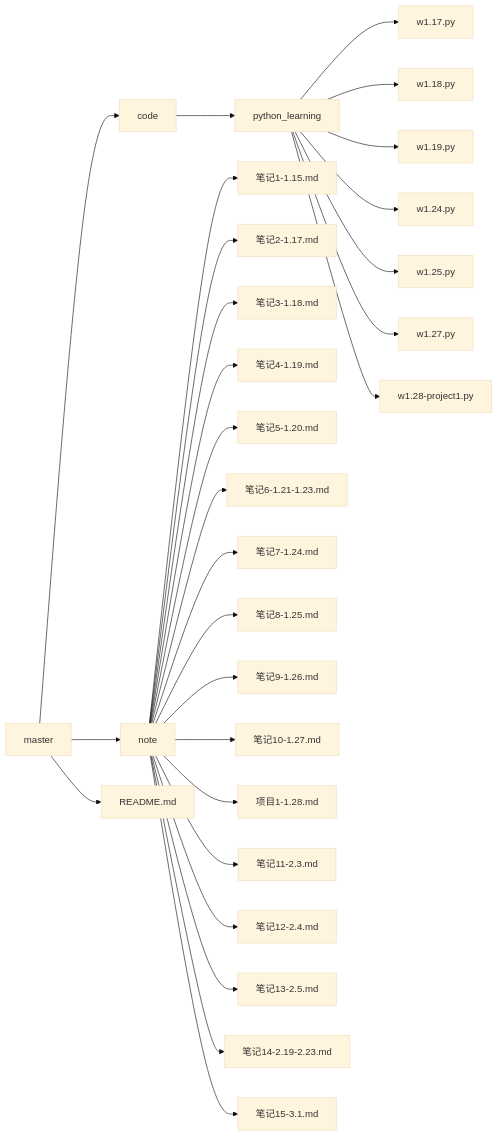
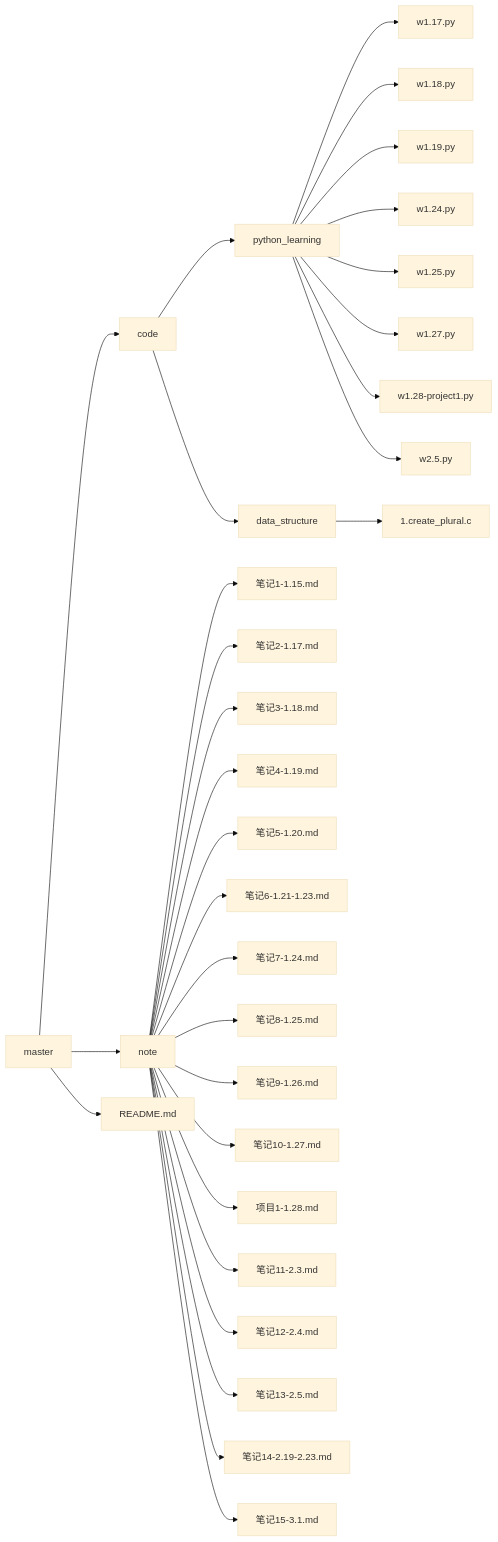
One commit to sevanthea7/QG_winter_camp changed the diagram in README.md. Above: the diagram before and after it, drawn with Mermaid (base theme).

````diff
--- a/README.md
+++ b/README.md
@@ -1,30 +1,33 @@
 ```mermaid
 graph LR
 master --> code
 code --> python_learning
 python_learning --> w1.17.py
 python_learning --> w1.18.py
 python_learning --> w1.19.py
 python_learning --> w1.24.py
 python_learning --> w1.25.py
 python_learning --> w1.27.py
 python_learning --> w1.28-project1.py
+python_learning --> w2.5.py
+code --> data_structure
+data_structure --> 1.create_plural.c
 master --> note
 note --> 笔记1-1.15.md
 note --> 笔记2-1.17.md
 note --> 笔记3-1.18.md
 note --> 笔记4-1.19.md
 note --> 笔记5-1.20.md
 note --> 笔记6-1.21-1.23.md
 note --> 笔记7-1.24.md
 note --> 笔记8-1.25.md
 note --> 笔记9-1.26.md
 note --> 笔记10-1.27.md
 note --> 项目1-1.28.md
 note --> 笔记11-2.3.md
 note --> 笔记12-2.4.md
 note --> 笔记13-2.5.md
 note --> 笔记14-2.19-2.23.md
 note --> 笔记15-3.1.md
 master --> README.md
 ```
````
